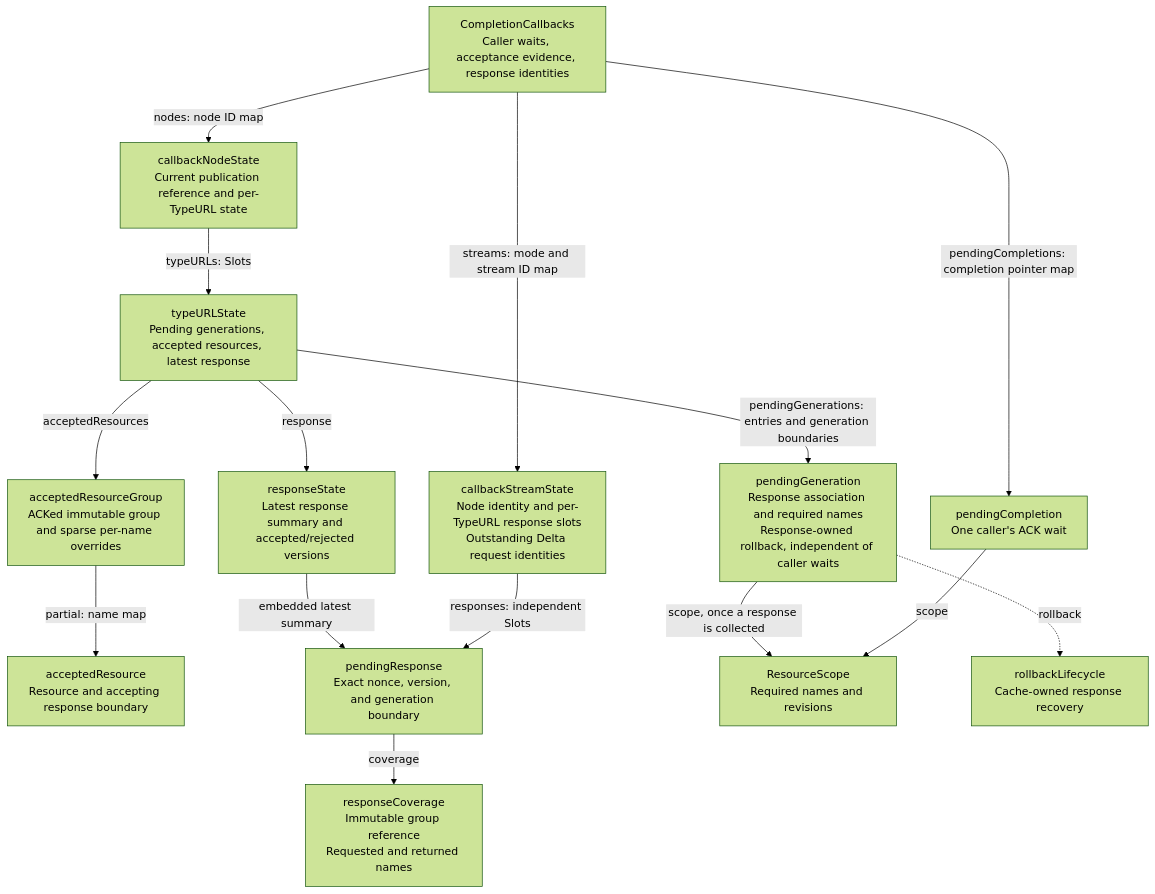
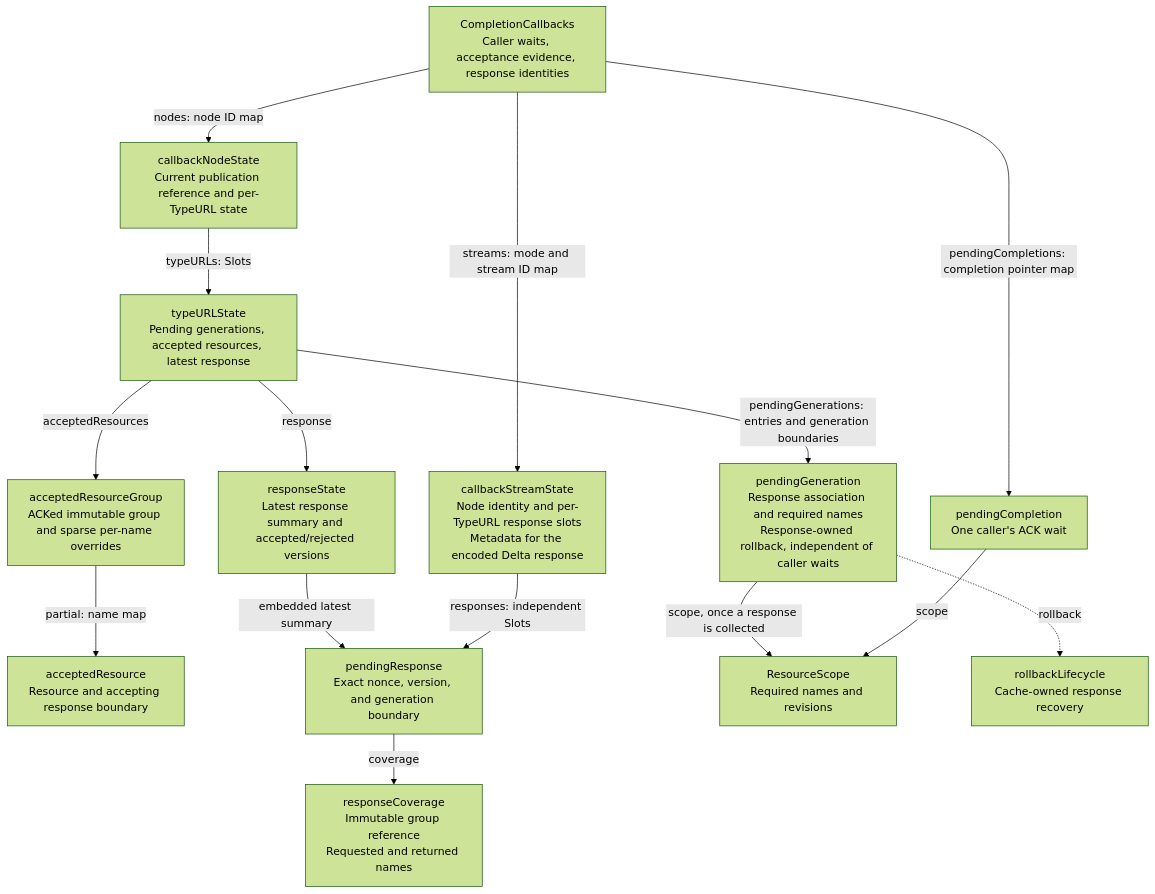
The third of 4 diagrams in pkg/envoy/xdsnew/design.md (cilium/cilium), drawn with Mermaid (forest theme) before and after one commit. The commit also changed other lines of this file and 6 other files, not shown here.

First line of the commit message:
envoy: synchronize Delta cancellation with response sends

````diff
--- a/pkg/envoy/xdsnew/design.md
+++ b/pkg/envoy/xdsnew/design.md
@@ -335,31 +336,31 @@
 ```mermaid
 flowchart TD
     callbacks["CompletionCallbacks<br/>Caller waits, acceptance evidence, response identities"]
     node["callbackNodeState<br/>Current publication reference and per-TypeURL state"]
     types["typeURLState<br/>Pending generations, accepted resources, latest response"]
     accepted["acceptedResourceGroup<br/>ACKed immutable group and sparse per-name overrides"]
     override["acceptedResource<br/>Resource and accepting response boundary"]
     latest["responseState<br/>Latest response summary and accepted/rejected versions"]
     generation["pendingGeneration<br/>Response association and required names<br/>Response-owned rollback, independent of caller waits"]
-    stream["callbackStreamState<br/>Node identity and per-TypeURL response slots<br/>Outstanding Delta request identities"]
+    stream["callbackStreamState<br/>Node identity and per-TypeURL response slots<br/>Metadata for the encoded Delta response"]
     response["pendingResponse<br/>Exact nonce, version, and generation boundary"]
     coverage["responseCoverage<br/>Immutable group reference<br/>Requested and returned names"]
     wait["pendingCompletion<br/>One caller's ACK wait"]
     scope["ResourceScope<br/>Required names and revisions"]
     rollback["rollbackLifecycle<br/>Cache-owned response recovery"]
 
     callbacks -->|nodes: node ID map| node
     node -->|typeURLs: Slots| types
     types -->|acceptedResources| accepted
     accepted -->|partial: name map| override
     types -->|response| latest
     latest -->|embedded latest summary| response
     types -->|pendingGenerations: entries and generation boundaries| generation
     generation -.->|rollback| rollback
     generation -->|scope, once a response is collected| scope
     callbacks -->|streams: mode and stream ID map| stream
     stream -->|responses: independent Slots| response
     response -->|coverage| coverage
     callbacks -->|pendingCompletions: completion pointer map| wait
     wait -->|scope| scope
 ```
````
